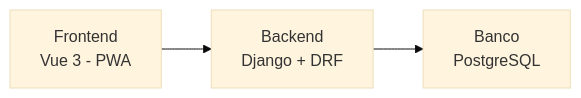
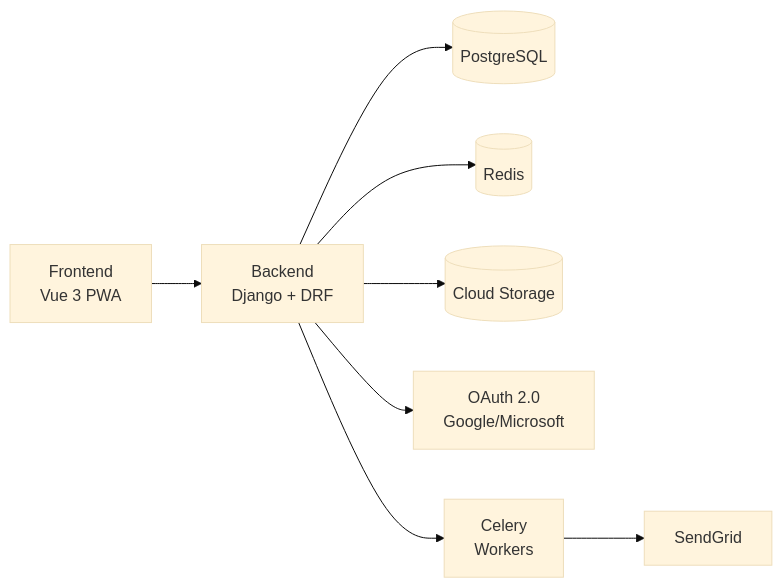
The first of 2 diagrams in README.md (alletsc/elogroup-business-case), drawn with Mermaid (base theme) before and after one commit. The commit also changed other lines of this file and 3 other files, not shown here.

````diff
--- a/README.md
+++ b/README.md
@@ -54,5 +54,10 @@
 ```mermaid
 flowchart LR
-  FE[Frontend<br/>Vue 3 - PWA] --> BE[Backend<br/>Django + DRF]
-  BE --> DB[Banco<br/>PostgreSQL]
+  FE[Frontend<br/>Vue 3 PWA] --> BE[Backend<br/>Django + DRF]
+  BE --> DB[(PostgreSQL)]
+  BE --> Redis[(Redis)]
+  BE --> GCS[(Cloud Storage)]
+  BE --> OAuth[OAuth 2.0<br/>Google/Microsoft]
+  BE --> Celery[Celery<br/>Workers]
+  Celery --> SendGrid[SendGrid]
 ```
````
